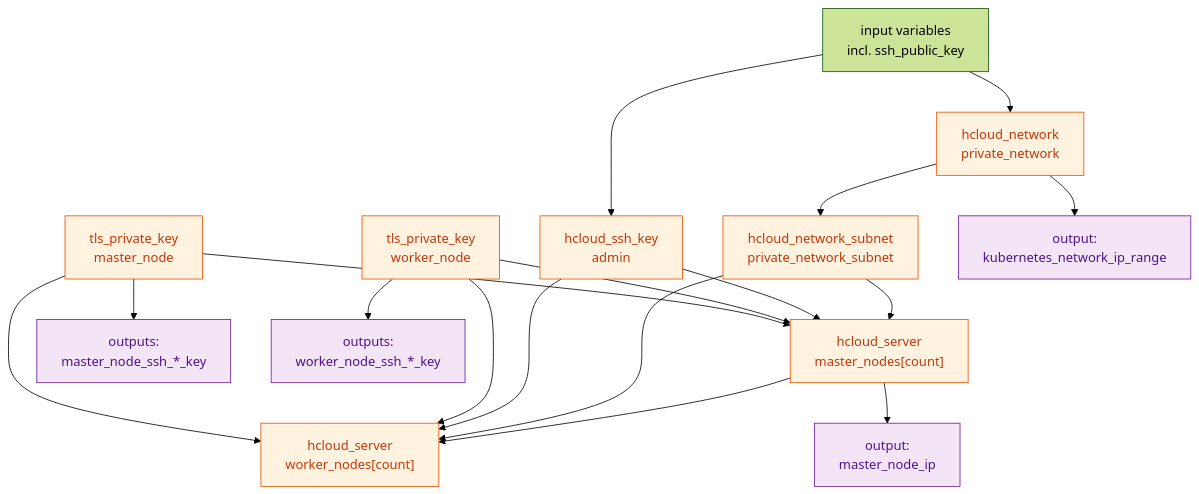
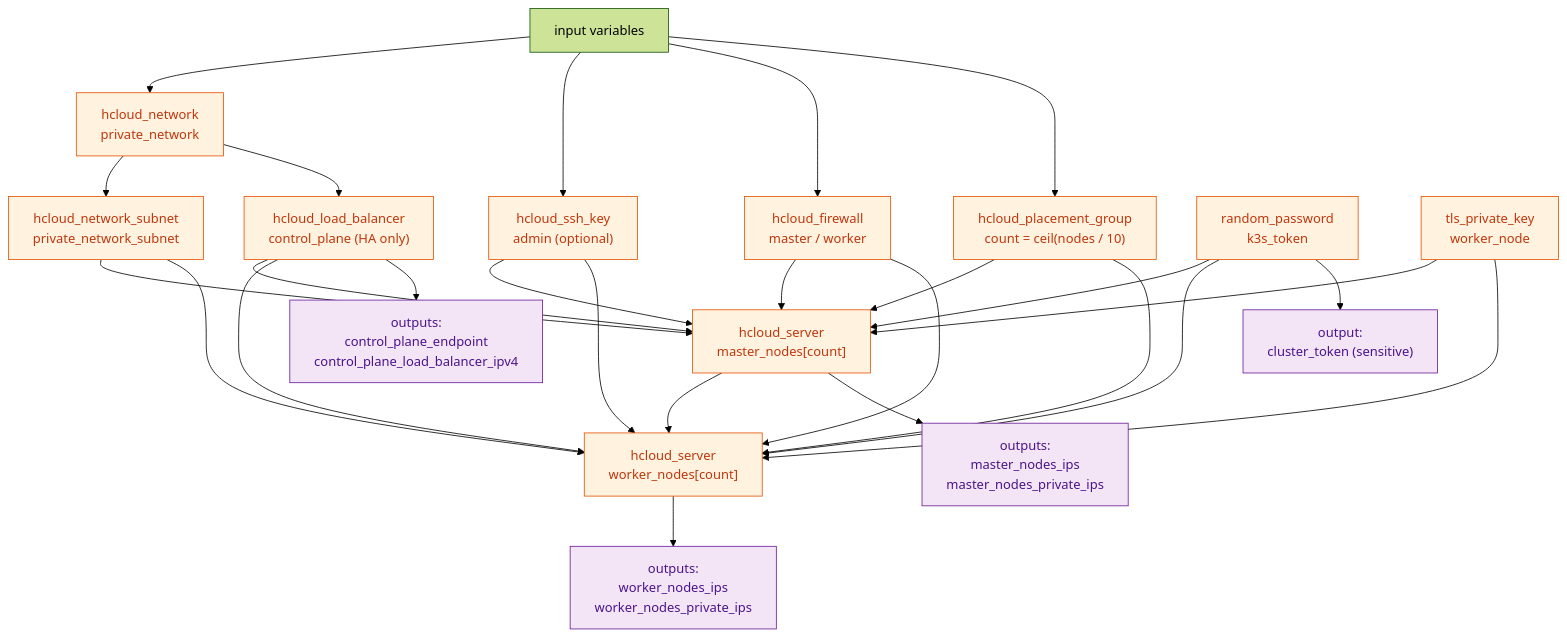
One commit to pawel150199/hcloud-k8s-cluster changed the third of 6 diagrams in docs/02-architecture.md. Above: the diagram before and after it, drawn with Mermaid (forest theme). The commit also changed other lines of this file and 23 other files, not shown here.

````diff
--- a/docs/02-architecture.md
+++ b/docs/02-architecture.md
@@ -94,24 +101,33 @@
 ```mermaid
 flowchart TD
-  V["input variables<br/>incl. ssh_public_key"] --> NET["hcloud_network<br/>private_network"]
-  V --> AK["hcloud_ssh_key<br/>admin"]
+  V["input variables"] --> NET["hcloud_network<br/>private_network"]
+  V --> AK["hcloud_ssh_key<br/>admin (optional)"]
+  V --> FW["hcloud_firewall<br/>master / worker"]
+  V --> PG["hcloud_placement_group<br/>count = ceil(nodes / 10)"]
   NET --> SUB["hcloud_network_subnet<br/>private_network_subnet"]
-  TM["tls_private_key<br/>master_node"] --> M
+  NET --> LB["hcloud_load_balancer<br/>control_plane (HA only)"]
+  TK["random_password<br/>k3s_token"] --> M
+  TK --> W
   TW["tls_private_key<br/>worker_node"] --> M
-  TM --> W
   TW --> W
   AK --> M
   AK --> W
+  FW --> M
+  FW --> W
+  PG --> M
+  PG --> W
   SUB --> M["hcloud_server<br/>master_nodes[count]"]
   SUB --> W["hcloud_server<br/>worker_nodes[count]"]
+  LB --> M
+  LB --> W
   M --> W
-  NET --> O1["output:<br/>kubernetes_network_ip_range"]
-  M --> O2["output:<br/>master_node_ip"]
-  TM --> O3["outputs:<br/>master_node_ssh_*_key"]
-  TW --> O4["outputs:<br/>worker_node_ssh_*_key"]
+  M --> O1["outputs:<br/>master_nodes_ips<br/>master_nodes_private_ips"]
+  W --> O2["outputs:<br/>worker_nodes_ips<br/>worker_nodes_private_ips"]
+  LB --> O3["outputs:<br/>control_plane_endpoint<br/>control_plane_load_balancer_ipv4"]
+  TK --> O4["output:<br/>cluster_token (sensitive)"]
 
   classDef res fill:#fff3e0,stroke:#e65100,color:#bf360c;
   classDef out fill:#f3e5f5,stroke:#6a1b9a,color:#4a148c;
-  class NET,SUB,M,W,AK,TM,TW res;
+  class NET,SUB,M,W,AK,TW,TK,FW,PG,LB res;
   class O1,O2,O3,O4 out;
 ```
````
